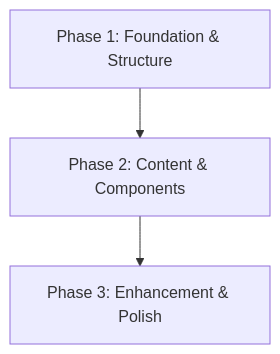
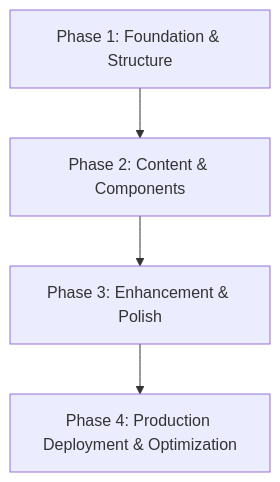
Before and after one commit to endersclarity/personal-portfolio: the diagram in project_roadmap.md, drawn with Mermaid. The commit also changed other lines of this file and 2 other files, not shown here.

First line of the commit message:
Initialize Phase 4: Production Deployment & Optimization branch

````diff
--- a/project_roadmap.md
+++ b/project_roadmap.md
@@ -60,5 +76,6 @@
 ```mermaid
 graph TD
     Phase1["Phase 1: Foundation & Structure"] --> Phase2["Phase 2: Content & Components"];
     Phase2 --> Phase3["Phase 3: Enhancement & Polish"];
+    Phase3 --> Phase4["Phase 4: Production Deployment & Optimization"];
 ```
````
